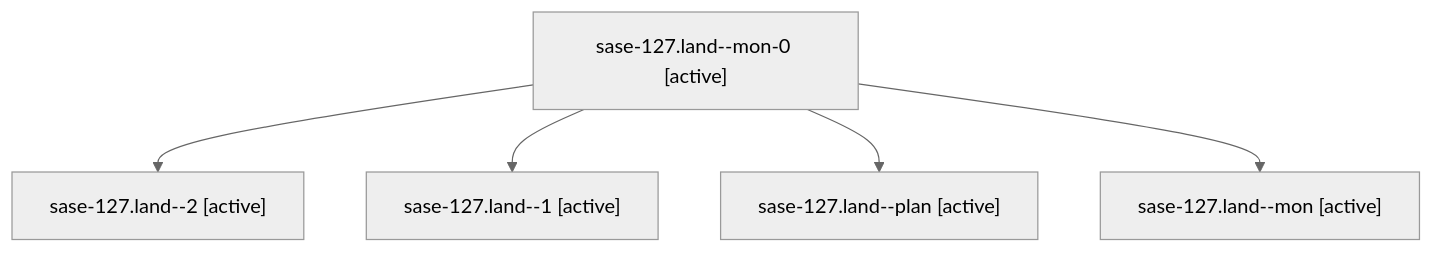
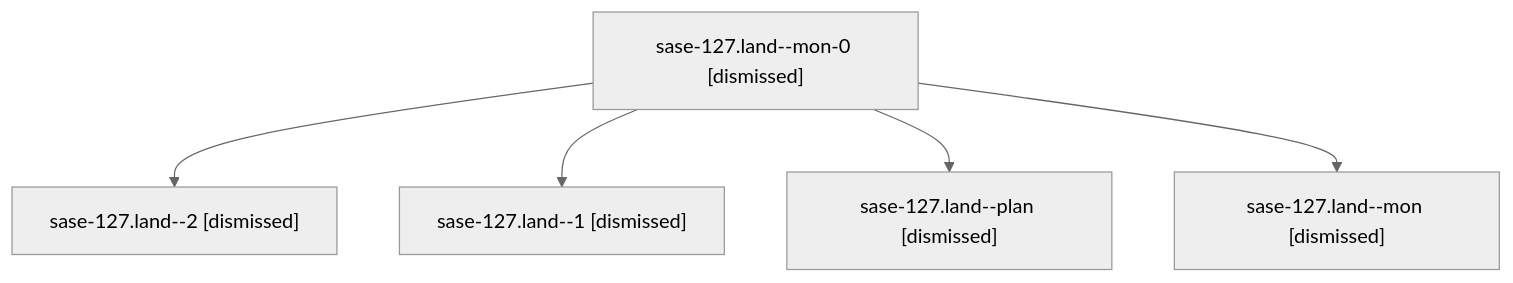
Before and after one commit to sase-org/sase--agents: the diagram in sessions/bbugyi200.athena.sase-127.land.md, drawn with Mermaid (neutral theme). The commit also changed other lines of this file and 198 other files, not shown here.

````diff
--- a/sessions/bbugyi200.athena.sase-127.land.md
+++ b/sessions/bbugyi200.athena.sase-127.land.md
@@ -9,12 +9,12 @@
 ```mermaid
 flowchart TD
-  n0["sase-127.land--mon-0 [active]"]
-  n1["sase-127.land--2 [active]"]
+  n0["sase-127.land--mon-0 [dismissed]"]
+  n1["sase-127.land--2 [dismissed]"]
   n0 --> n1
-  n2["sase-127.land--1 [active]"]
+  n2["sase-127.land--1 [dismissed]"]
   n0 --> n2
-  n3["sase-127.land--plan [active]"]
+  n3["sase-127.land--plan [dismissed]"]
   n0 --> n3
-  n4["sase-127.land--mon [active]"]
+  n4["sase-127.land--mon [dismissed]"]
   n0 --> n4
 ```
````
